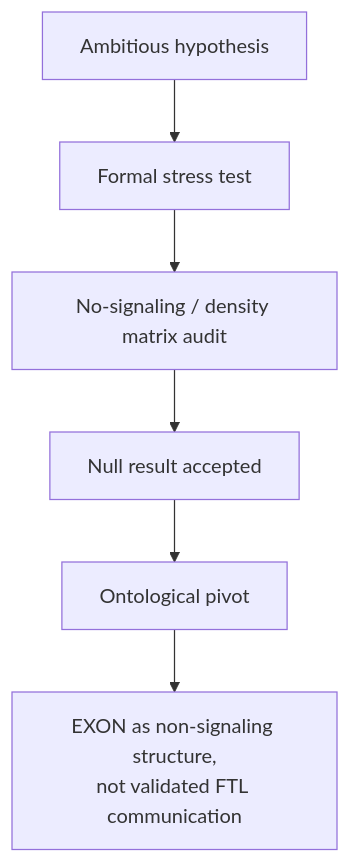
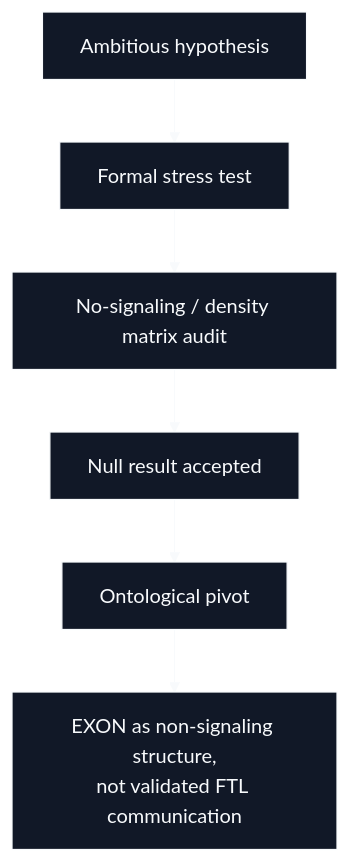
The diagram in 06_exon_quantum_red_team/README.md (christian140903-sudo/foresight-fellowship-2027-portfolio), drawn with Mermaid before and after one commit. The commit also changed other lines of this file and 6 other files, not shown here.

````diff
--- a/06_exon_quantum_red_team/README.md
+++ b/06_exon_quantum_red_team/README.md
@@ -7,8 +7,9 @@
 ```mermaid
+%%{init: {"theme": "base", "themeVariables": {"background": "#020617", "primaryColor": "#111827", "primaryTextColor": "#f8fafc", "primaryBorderColor": "#f8fafc", "secondaryColor": "#0f172a", "tertiaryColor": "#1f2937", "lineColor": "#f8fafc", "fontFamily": "Inter, ui-sans-serif, system-ui"}}}%%
 flowchart TB
     A["Ambitious hypothesis"] --> B["Formal stress test"]
     B --> C["No-signaling / density matrix audit"]
     C --> D["Null result accepted"]
     D --> E["Ontological pivot"]
     E --> F["EXON as non-signaling structure,\nnot validated FTL communication"]
 ```
````
